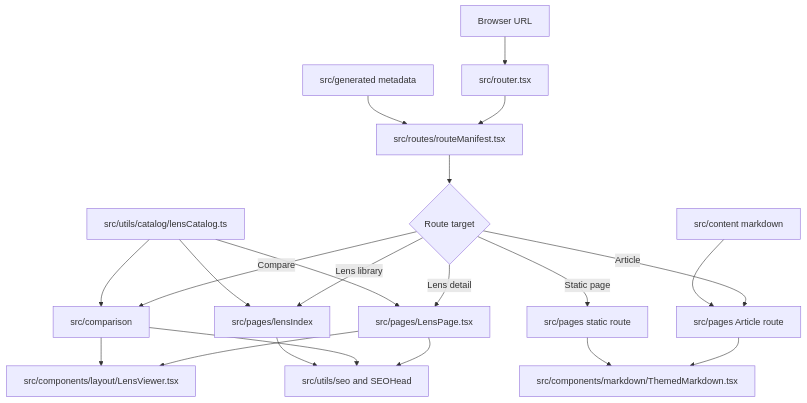
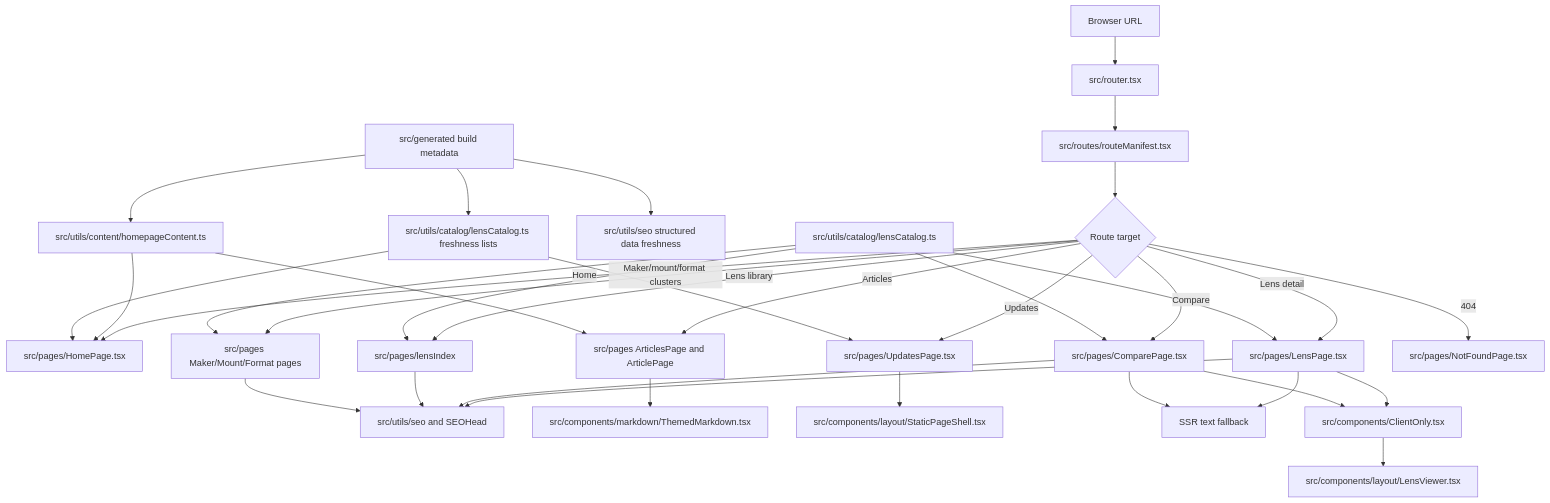
One commit to ronbuening/LensVisualizer changed the second of 6 diagrams in agent_docs/architecture/program-flow.md. Above: the diagram before and after it, drawn with Mermaid. The commit also changed other lines of this file and 5 other files, not shown here.

Commit message:
docs: refresh architecture documentation

````diff
--- a/agent_docs/architecture/program-flow.md
+++ b/agent_docs/architecture/program-flow.md
@@ -42,27 +55,40 @@
 ```mermaid
 flowchart TD
   Browser[Browser URL] --> Router[src/router.tsx]
   Router --> Manifest[src/routes/routeManifest.tsx]
   Manifest --> Target{Route target}
 
+  Target -->|Home| HomePage[src/pages/HomePage.tsx]
   Target -->|Lens detail| LensPage[src/pages/LensPage.tsx]
-  Target -->|Compare| ComparePage[src/comparison]
+  Target -->|Compare| ComparePage[src/pages/ComparePage.tsx]
   Target -->|Lens library| IndexPage[src/pages/lensIndex]
-  Target -->|Article| ArticlePage[src/pages Article route]
-  Target -->|Static page| StaticPage[src/pages static route]
+  Target -->|Maker/mount/format clusters| ClusterPages[src/pages Maker/Mount/Format pages]
+  Target -->|Articles| ArticleRoutes[src/pages ArticlesPage and ArticlePage]
+  Target -->|Updates| UpdatesPage[src/pages/UpdatesPage.tsx]
+  Target -->|404| NotFound[src/pages/NotFoundPage.tsx]
 
-  Generated[src/generated metadata] --> Manifest
+  Generated[src/generated build metadata] --> ContentRegistry[src/utils/content/homepageContent.ts]
+  Generated --> Freshness[src/utils/seo structured data freshness]
+  Generated --> RecentLensData[src/utils/catalog/lensCatalog.ts freshness lists]
   Catalog[src/utils/catalog/lensCatalog.ts] --> LensPage
   Catalog --> ComparePage
   Catalog --> IndexPage
-  Content[src/content markdown] --> ArticlePage
+  Catalog --> ClusterPages
+  ContentRegistry --> HomePage
+  ContentRegistry --> ArticleRoutes
+  RecentLensData --> HomePage
+  RecentLensData --> UpdatesPage
 
   LensPage --> SEO[src/utils/seo and SEOHead]
   ComparePage --> SEO
   IndexPage --> SEO
-  ArticlePage --> Markdown[src/components/markdown/ThemedMarkdown.tsx]
-  StaticPage --> Markdown
+  ClusterPages --> SEO
+  ArticleRoutes --> Markdown[src/components/markdown/ThemedMarkdown.tsx]
+  UpdatesPage --> StaticShell[src/components/layout/StaticPageShell.tsx]
 
-  LensPage --> Viewer[src/components/layout/LensViewer.tsx]
-  ComparePage --> Viewer
+  LensPage --> Fallback[SSR text fallback]
+  ComparePage --> Fallback
+  LensPage --> ClientOnly[src/components/ClientOnly.tsx]
+  ComparePage --> ClientOnly
+  ClientOnly --> Viewer[src/components/layout/LensViewer.tsx]
 ```
````
